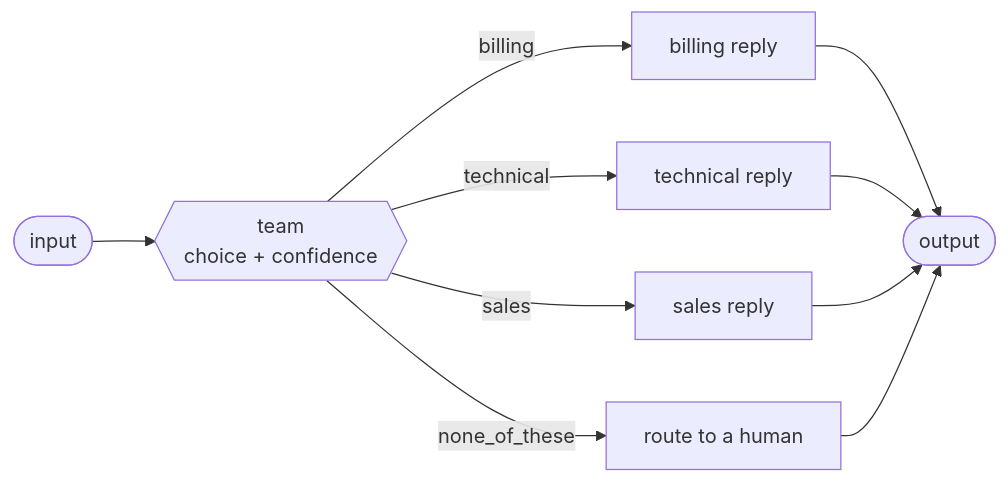
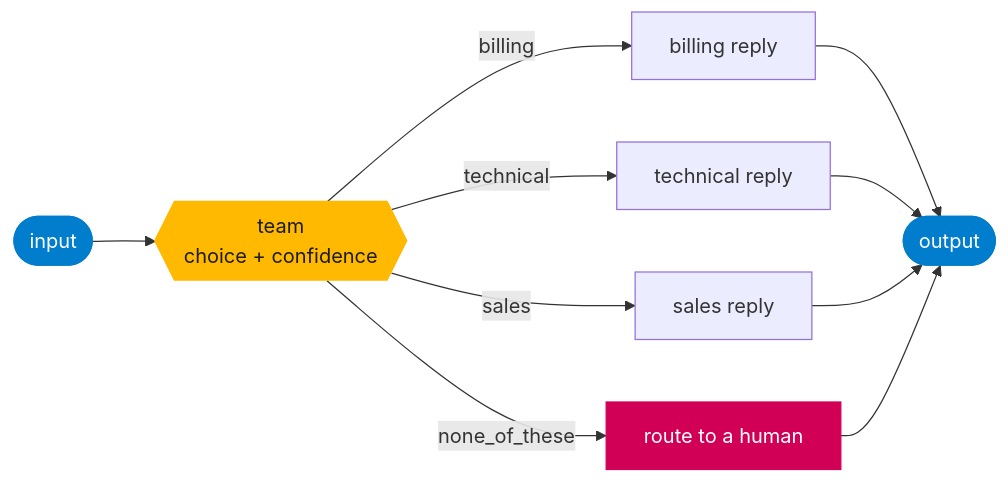
Before and after one commit to milfordai/milford: the second of 2 diagrams in README.md, drawn with Mermaid. The commit also changed other lines of this file and 1 other file, not shown here.

````diff
--- a/README.md
+++ b/README.md
@@ -101,12 +107,18 @@
 ```mermaid
 flowchart LR
   in(["input"]) --> team{{"team<br/>choice + confidence"}}
   team -- billing --> billing["billing reply"]
   team -- technical --> technical["technical reply"]
   team -- sales --> sales["sales reply"]
   team -- none_of_these --> human["route to a human"]
   billing --> out(["output"])
   technical --> out
   sales --> out
   human --> out
+  classDef edge fill:#007DCC,stroke:#007DCC,color:#fff
+  classDef decide fill:#FFB900,stroke:#FFB900,color:#1c1c1c
+  classDef stop fill:#D10056,stroke:#D10056,color:#fff
+  class in,out edge
+  class team decide
+  class human stop
 ```
````
